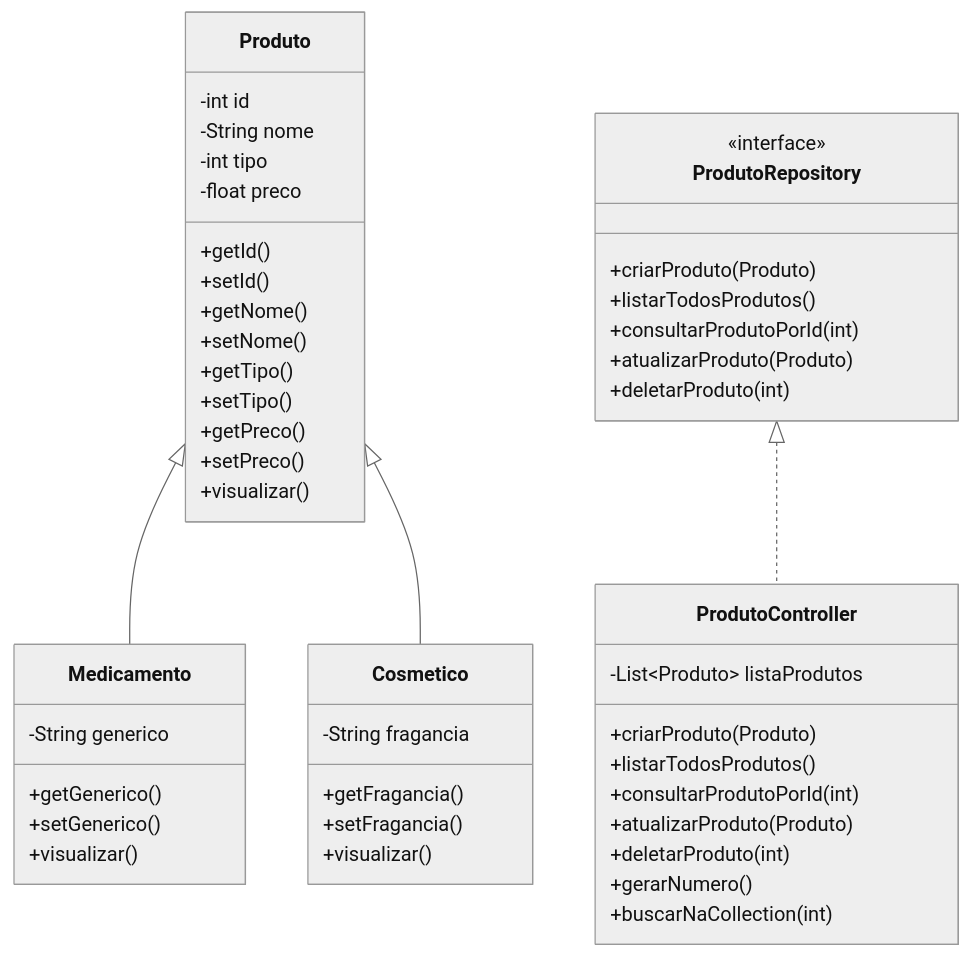
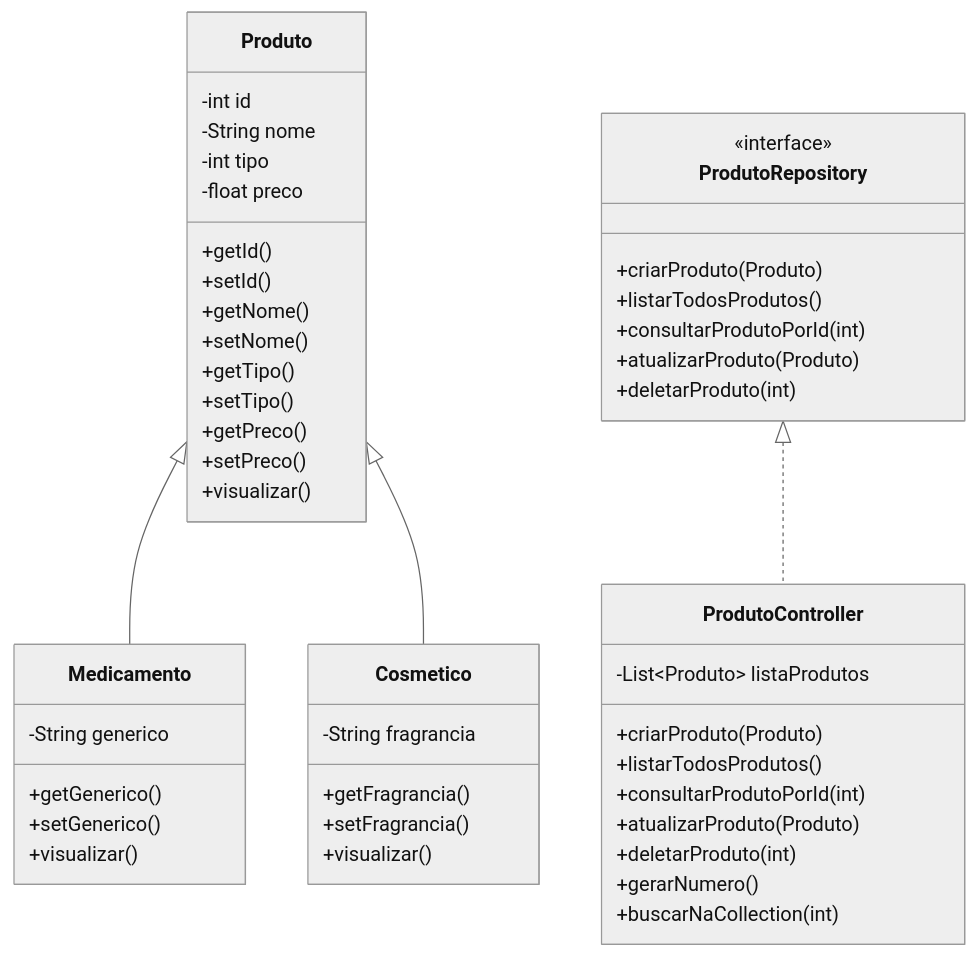
One commit to renatangr/farmacia changed the diagram in README.md. Above: the diagram before and after it, drawn with Mermaid (neutral theme). The commit also changed 1 other file, not shown here.

Commit message:
fix: corrige nome do atributo e métodos de fragancia para fragrancia em Cosmetico

````diff
--- a/README.md
+++ b/README.md
@@ -73,56 +73,56 @@
 ```mermaid
 classDiagram
     class Produto {
         -int id
         -String nome
         -int tipo
         -float preco
         +getId()
         +setId()
         +getNome()
         +setNome()
         +getTipo()
         +setTipo()
         +getPreco()
         +setPreco()
         +visualizar()
     }
 
     class Medicamento {
         -String generico
         +getGenerico()
         +setGenerico()
         +visualizar()
     }
 
     class Cosmetico {
-        -String fragancia
-        +getFragancia()
-        +setFragancia()
+        -String fragrancia
+        +getFragrancia()
+        +setFragrancia()
         +visualizar()
     }
 
     class ProdutoRepository {
         <<interface>>
         +criarProduto(Produto)
         +listarTodosProdutos()
         +consultarProdutoPorId(int)
         +atualizarProduto(Produto)
         +deletarProduto(int)
     }
 
     class ProdutoController {
         -List~Produto~ listaProdutos
         +criarProduto(Produto)
         +listarTodosProdutos()
         +consultarProdutoPorId(int)
         +atualizarProduto(Produto)
         +deletarProduto(int)
         +gerarNumero()
         +buscarNaCollection(int)
     }
 
     Produto <|-- Medicamento
     Produto <|-- Cosmetico
     ProdutoRepository <|.. ProdutoController
 ```
````
